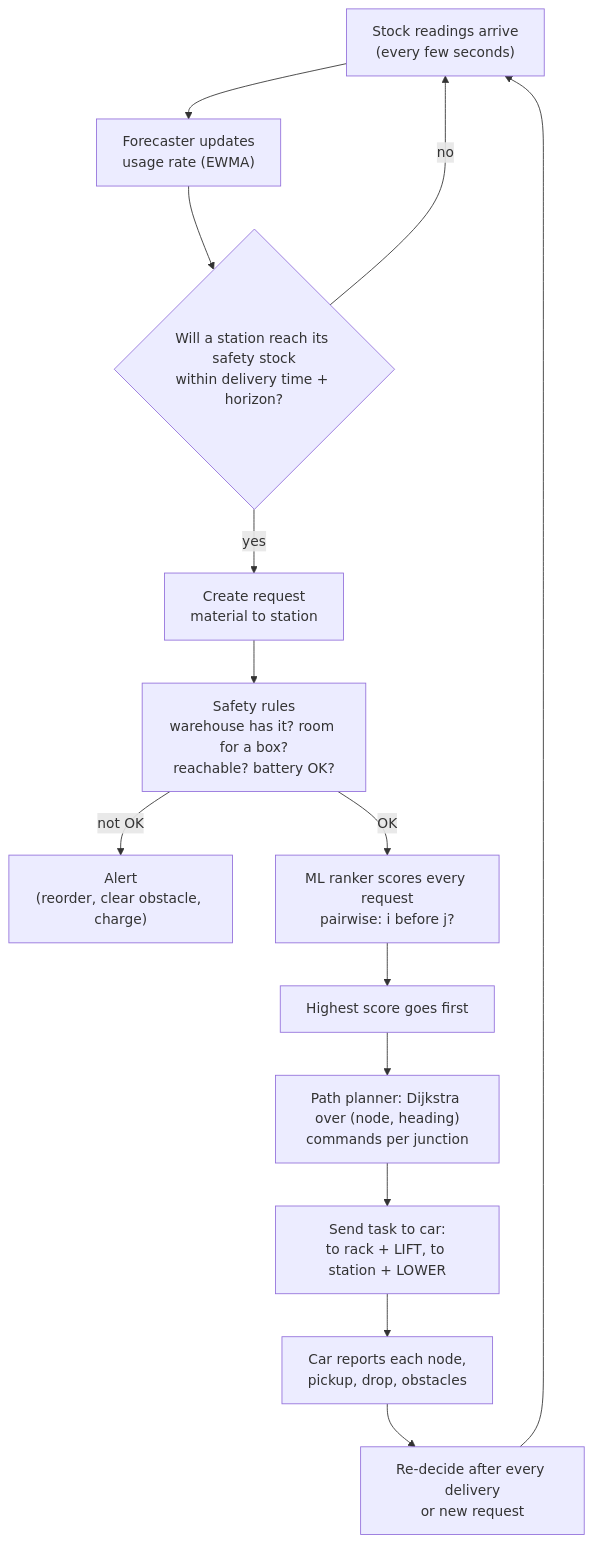
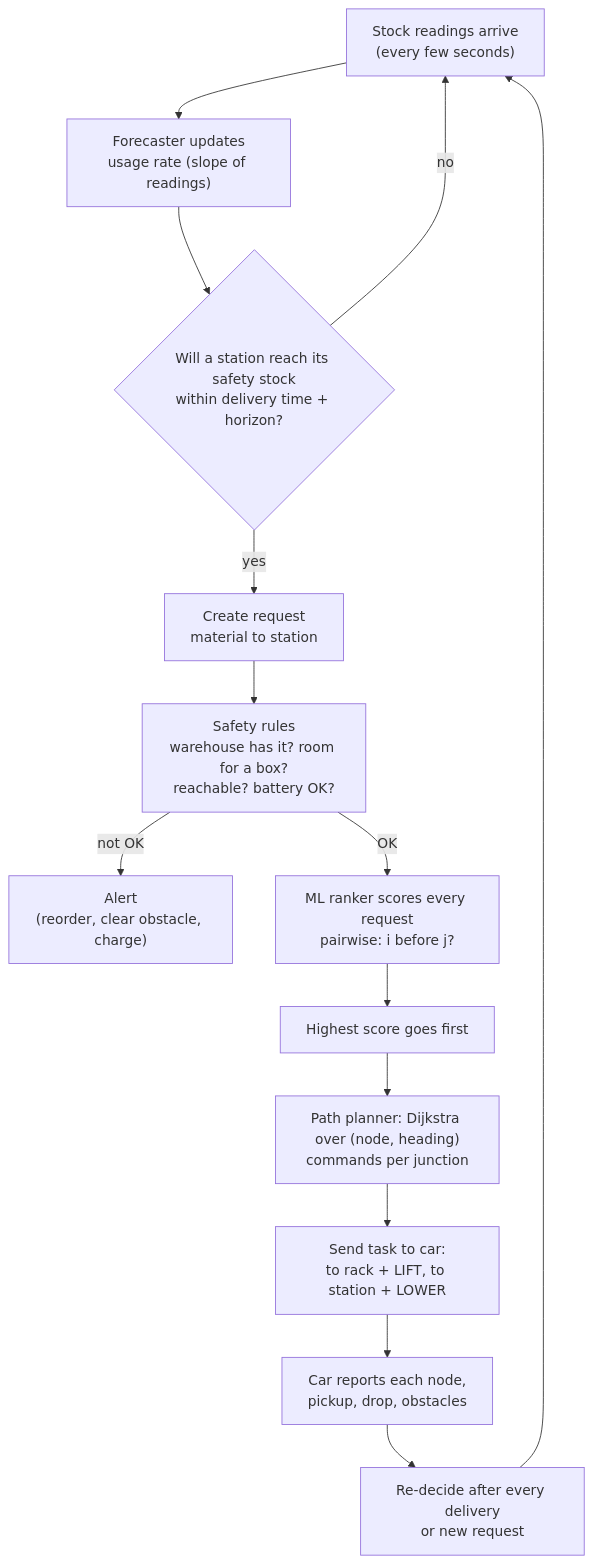
One commit to noureldinGM/Carkaroo changed the second of 4 diagrams in docs/architecture.md. Above: the diagram before and after it, drawn with Mermaid. The commit also changed other lines of this file and 41 other files, not shown here.

````diff
--- a/docs/architecture.md
+++ b/docs/architecture.md
@@ -42,16 +42,16 @@
 ```mermaid
 flowchart TD
-    A["Stock readings arrive<br/>(every few seconds)"] --> B["Forecaster updates<br/>usage rate (EWMA)"]
+    A["Stock readings arrive<br/>(every few seconds)"] --> B["Forecaster updates<br/>usage rate (slope of readings)"]
     B --> C{"Will a station reach its safety stock<br/>within delivery time + horizon?"}
     C -- no --> A
     C -- yes --> D["Create request<br/>material to station"]
     D --> E["Safety rules<br/>warehouse has it? room for a box?<br/>reachable? battery OK?"]
     E -- "not OK" --> F["Alert<br/>(reorder, clear obstacle, charge)"]
     E -- OK --> G["ML ranker scores every request<br/>pairwise: i before j?"]
     G --> H["Highest score goes first"]
     H --> I["Path planner: Dijkstra over (node, heading)<br/>commands per junction"]
     I --> J["Send task to car:<br/>to rack + LIFT, to station + LOWER"]
     J --> K["Car reports each node,<br/>pickup, drop, obstacles"]
     K --> L["Re-decide after every delivery<br/>or new request"]
     L --> A
 ```
````
